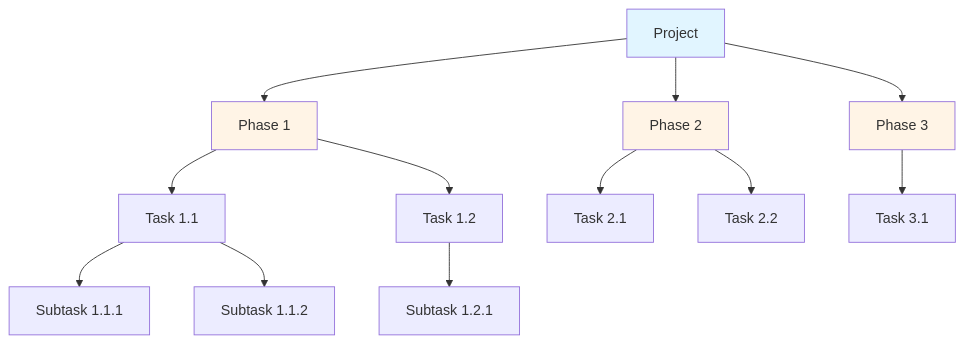
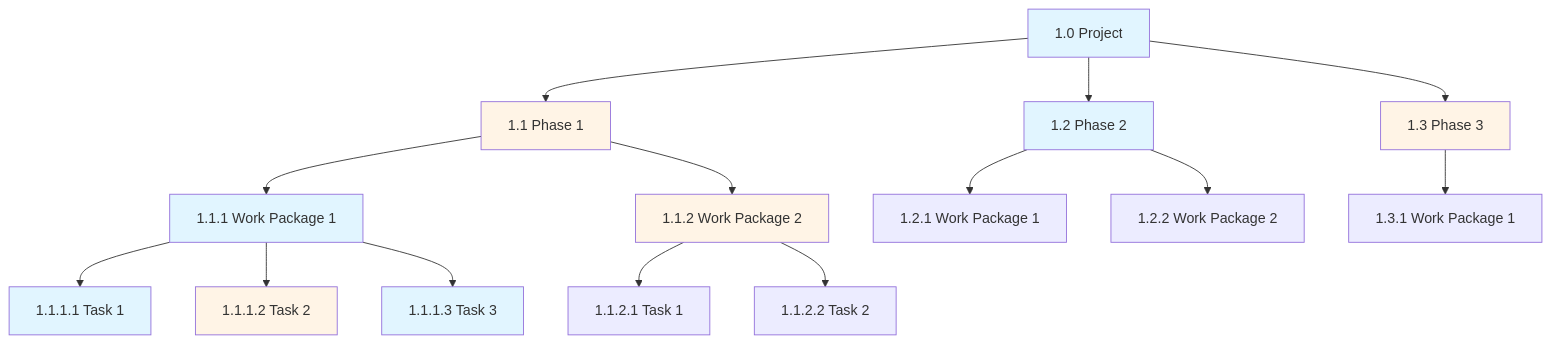
One commit to iouthnamain/tech-note changed the first of 9 diagrams in PM-Guides/PLANNING_ESTIMATION_GUIDE.md. Above: the diagram before and after it, drawn with Mermaid. The commit also changed other lines of this file and 68 other files, not shown here.

````diff
--- a/PM-Guides/PLANNING_ESTIMATION_GUIDE.md
+++ b/PM-Guides/PLANNING_ESTIMATION_GUIDE.md
@@ -49,19 +49,31 @@
 ```mermaid
 graph TD
-    A[Project] --> B[Phase 1]
-    A --> C[Phase 2]
-    A --> D[Phase 3]
-    B --> E[Task 1.1]
-    B --> F[Task 1.2]
-    E --> G[Subtask 1.1.1]
-    E --> H[Subtask 1.1.2]
-    F --> I[Subtask 1.2.1]
-    C --> J[Task 2.1]
-    C --> K[Task 2.2]
-    D --> L[Task 3.1]
+    A[1.0 Project] --> B[1.1 Phase 1]
+    A --> C[1.2 Phase 2]
+    A --> D[1.3 Phase 3]
+    
+    B --> E[1.1.1 Work Package 1]
+    B --> F[1.1.2 Work Package 2]
+    
+    E --> G[1.1.1.1 Task 1]
+    E --> H[1.1.1.2 Task 2]
+    E --> I[1.1.1.3 Task 3]
+    
+    F --> J[1.1.2.1 Task 1]
+    F --> K[1.1.2.2 Task 2]
+    
+    C --> L[1.2.1 Work Package 1]
+    C --> M[1.2.2 Work Package 2]
+    
+    D --> N[1.3.1 Work Package 1]
     
     style A fill:#e1f5ff
     style B fill:#fff4e6
-    style C fill:#fff4e6
+    style C fill:#e1f5ff
     style D fill:#fff4e6
+    style E fill:#e1f5ff
+    style F fill:#fff4e6
+    style G fill:#e1f5ff
+    style H fill:#fff4e6
+    style I fill:#e1f5ff
 ```
````
